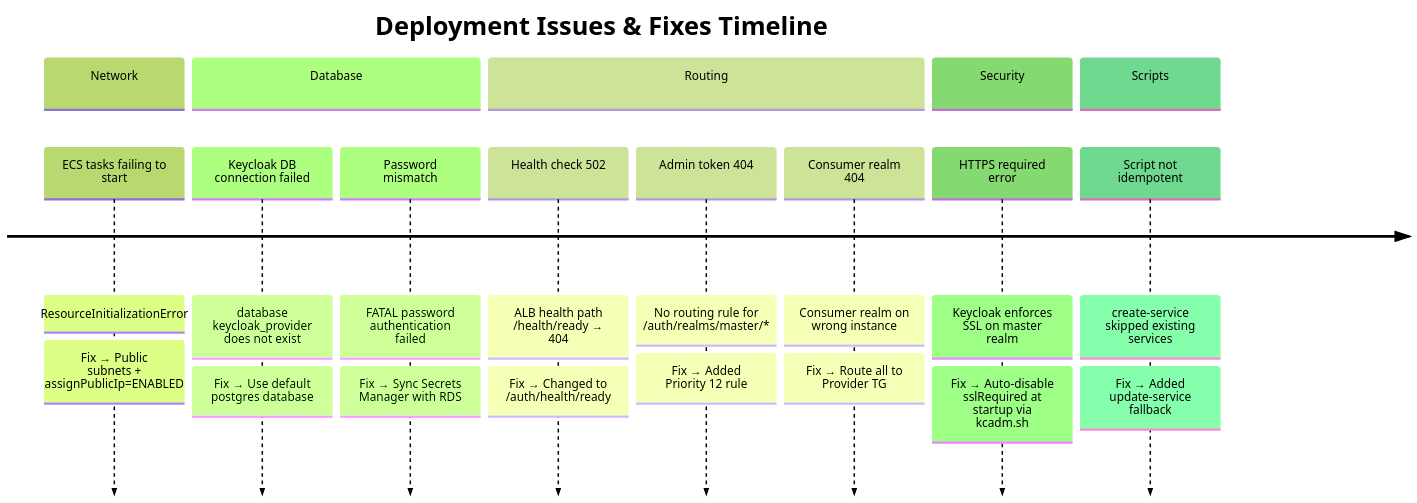
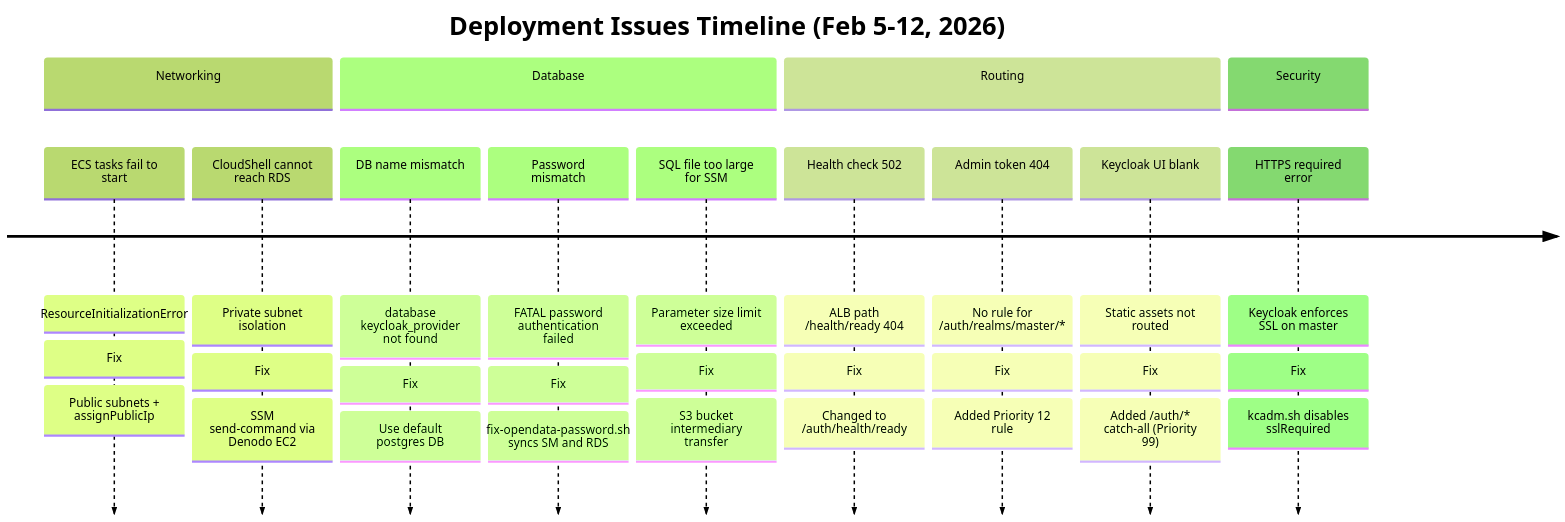
Before and after one commit to jaafar-benabderrazak/denodo_poc: the ninth of 12 diagrams in docs/DEPLOYMENT_STATUS.md, drawn with Mermaid (forest theme). The commit also changed other lines of this file and 2 other files, not shown here.

Commit message:
Add verify-all.sh test suite and update deployment documentation with Mermaid diagrams

````diff
--- a/docs/DEPLOYMENT_STATUS.md
+++ b/docs/DEPLOYMENT_STATUS.md
@@ -273,25 +314,26 @@
 ```mermaid
 timeline
-    title Deployment Issues & Fixes Timeline
-    section Network
-        ECS tasks failing to start : ResourceInitializationError
-                                   : Fix → Public subnets + assignPublicIp=ENABLED
+    title Deployment Issues Timeline (Feb 5-12, 2026)
+    section Networking
+        ECS tasks fail to start : ResourceInitializationError
+                                : Fix: Public subnets + assignPublicIp
+        CloudShell cannot reach RDS : Private subnet isolation
+                                    : Fix: SSM send-command via Denodo EC2
     section Database
-        Keycloak DB connection failed : database keycloak_provider does not exist
-                                      : Fix → Use default postgres database
+        DB name mismatch : database keycloak_provider not found
+                         : Fix: Use default postgres DB
         Password mismatch : FATAL password authentication failed
-                          : Fix → Sync Secrets Manager with RDS
+                          : Fix: fix-opendata-password.sh syncs SM and RDS
+        SQL file too large for SSM : Parameter size limit exceeded
+                                   : Fix: S3 bucket intermediary transfer
     section Routing
-        Health check 502 : ALB health path /health/ready → 404
-                         : Fix → Changed to /auth/health/ready
-        Admin token 404 : No routing rule for /auth/realms/master/*
-                        : Fix → Added Priority 12 rule
-        Consumer realm 404 : Consumer realm on wrong instance
-                           : Fix → Route all to Provider TG
+        Health check 502 : ALB path /health/ready 404
+                         : Fix: Changed to /auth/health/ready
+        Admin token 404 : No rule for /auth/realms/master/*
+                        : Fix: Added Priority 12 rule
+        Keycloak UI blank : Static assets not routed
+                          : Fix: Added /auth/* catch-all (Priority 99)
     section Security
-        HTTPS required error : Keycloak enforces SSL on master realm
-                             : Fix → Auto-disable sslRequired at startup via kcadm.sh
-    section Scripts
-        Script not idempotent : create-service skipped existing services
-                              : Fix → Added update-service fallback
+        HTTPS required error : Keycloak enforces SSL on master
+                             : Fix: kcadm.sh disables sslRequired
 ```
````
